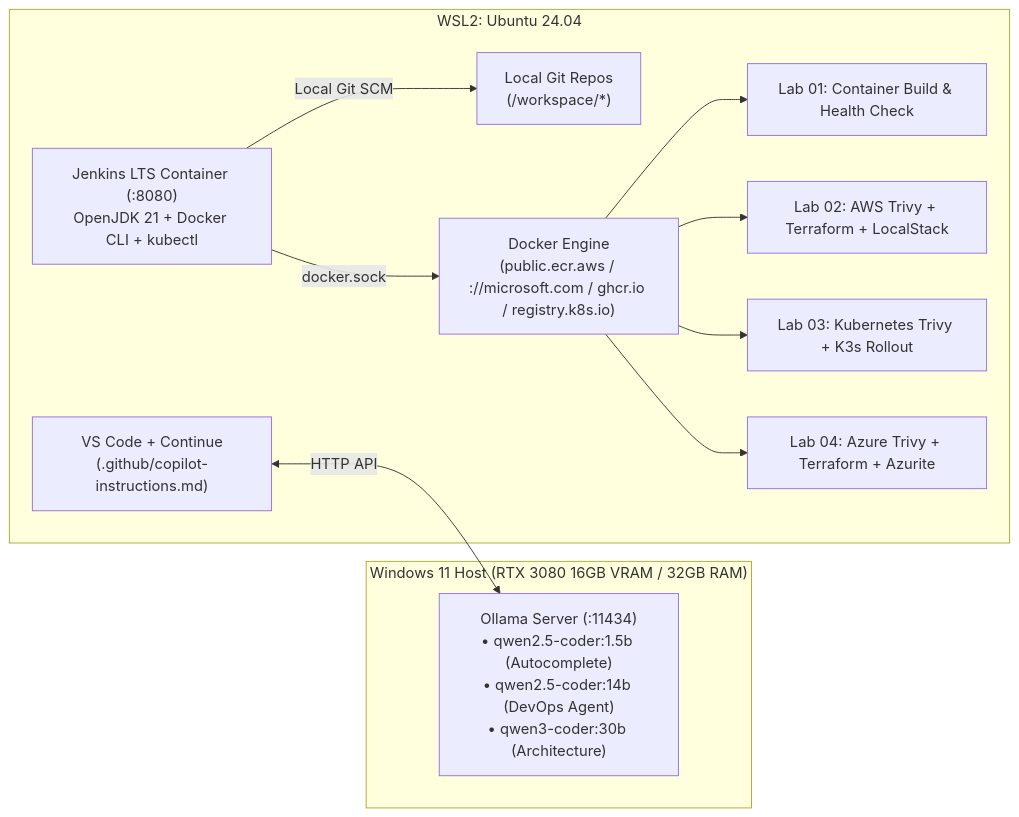
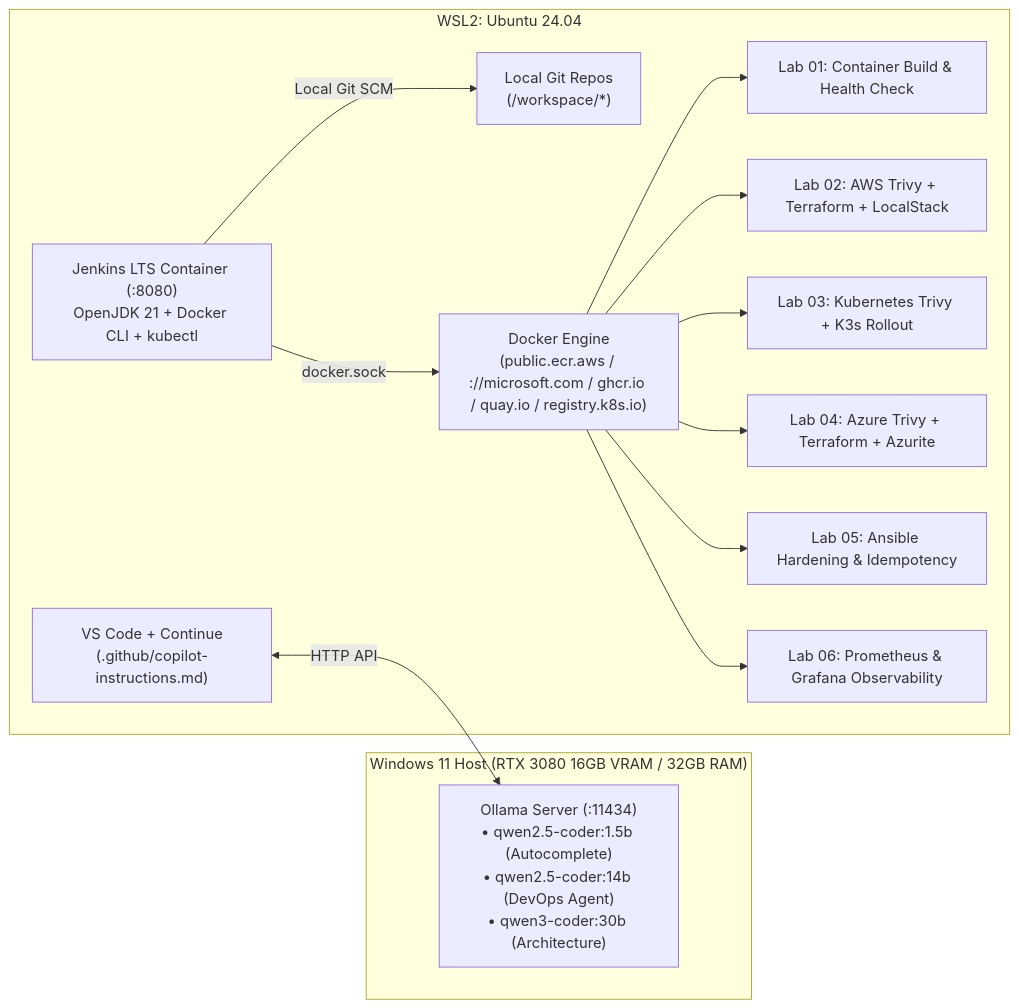
Before and after one commit to moyagoub/local-ai-devops-workstation: the diagram in README.md, drawn with Mermaid. The commit also changed other lines of this file, not shown here.

Commit message:
Update root README with Lab 05 (Ansible) & Lab 06 (Prometheus/Grafana)

````diff
--- a/README.md
+++ b/README.md
@@ -9,25 +9,29 @@
 ```mermaid
 flowchart LR
     subgraph Windows["Windows 11 Host (RTX 3080 16GB VRAM / 32GB RAM)"]
         Ollama["Ollama Server (:11434)<br/>• qwen2.5-coder:1.5b (Autocomplete)<br/>• qwen2.5-coder:14b (DevOps Agent)<br/>• qwen3-coder:30b (Architecture)"]
     end
 
     subgraph WSL["WSL2: Ubuntu 24.04"]
         VSCode["VS Code + Continue<br/>(.github/copilot-instructions.md)"]
         GitRepo["Local Git Repos<br/>(/workspace/*)"]
         Jenkins["Jenkins LTS Container (:8080)<br/>OpenJDK 21 + Docker CLI + kubectl"]
-        DockerEngine["Docker Engine<br/>(public.ecr.aws / ://microsoft.com / ghcr.io / registry.k8s.io)"]
+        DockerEngine["Docker Engine<br/>(public.ecr.aws / ://microsoft.com / ghcr.io / quay.io / registry.k8s.io)"]
         Lab01["Lab 01: Container Build & Health Check"]
         Lab02["Lab 02: AWS Trivy + Terraform + LocalStack"]
         Lab03["Lab 03: Kubernetes Trivy + K3s Rollout"]
         Lab04["Lab 04: Azure Trivy + Terraform + Azurite"]
+        Lab05["Lab 05: Ansible Hardening & Idempotency"]
+        Lab06["Lab 06: Prometheus & Grafana Observability"]
     end
 
     VSCode <-->|"HTTP API"| Ollama
     Jenkins -->|"Local Git SCM"| GitRepo
     Jenkins -->|"docker.sock"| DockerEngine
     DockerEngine --> Lab01
     DockerEngine --> Lab02
     DockerEngine --> Lab03
     DockerEngine --> Lab04
+    DockerEngine --> Lab05
+    DockerEngine --> Lab06
 ```
````
